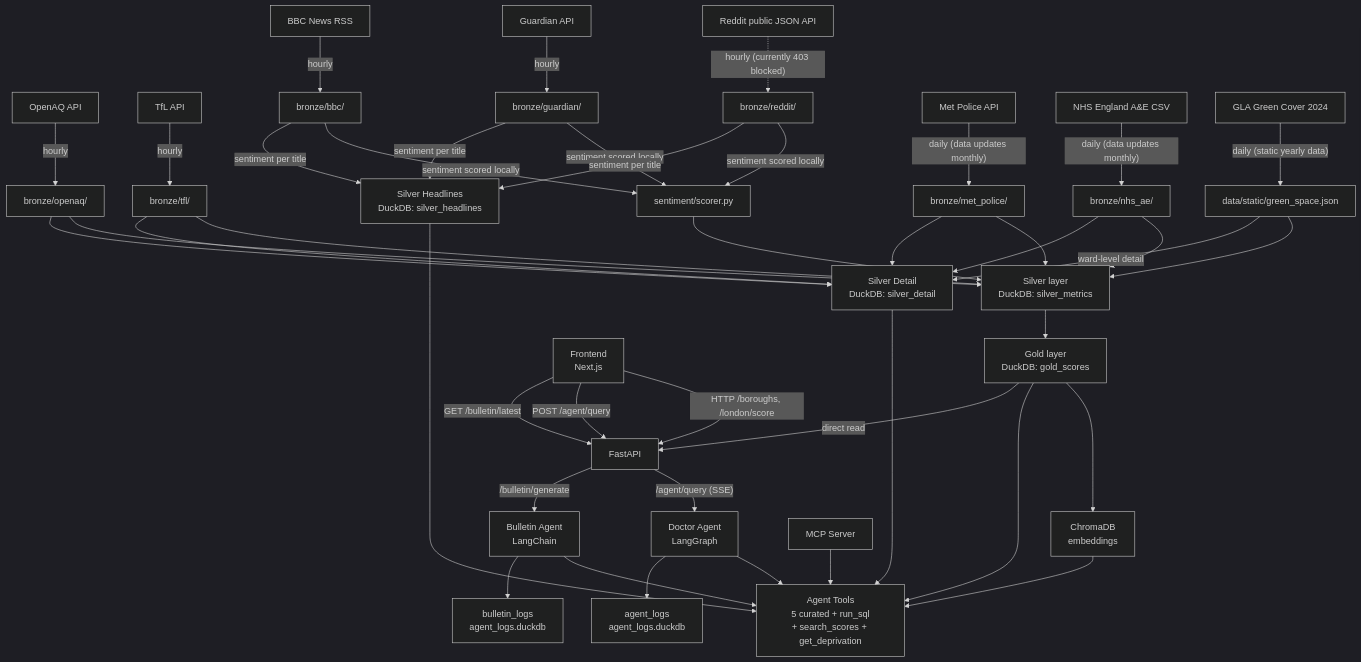
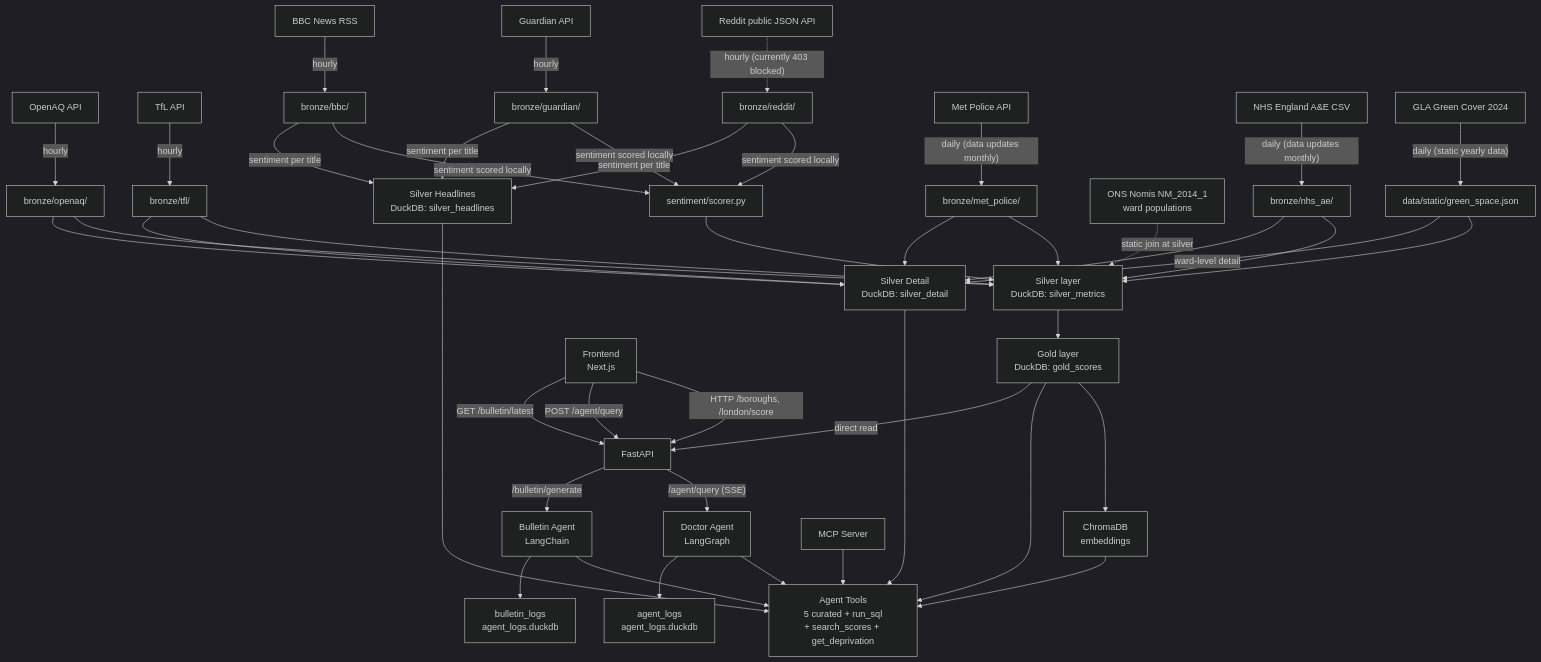
The diagram in docs/lineage.md (ryan-vanagt/city-scan-london), drawn with Mermaid (dark theme) before and after one commit. The commit also changed other lines of this file and 31 other files, not shown here.

````diff
--- a/docs/lineage.md
+++ b/docs/lineage.md
@@ -5,55 +5,56 @@
 ```mermaid
 flowchart TD
     OQ[OpenAQ API] -->|hourly| B_OQ[bronze/openaq/]
     TFL[TfL API] -->|hourly| B_TFL[bronze/tfl/]
     RD[Reddit public JSON API] -.->|"hourly (currently 403 blocked)"| B_RD[bronze/reddit/]
     GD[Guardian API] -->|hourly| B_GD[bronze/guardian/]
     BBC[BBC News RSS] -->|hourly| B_BBC[bronze/bbc/]
     MP[Met Police API] -->|"daily (data updates monthly)"| B_MP[bronze/met_police/]
     NHS[NHS England A&E CSV] -->|"daily (data updates monthly)"| B_NHS[bronze/nhs_ae/]
     GS[GLA Green Cover 2024] -->|"daily (static yearly data)"| B_GS[data/static/green_space.json]
+    WP[ONS Nomis NM_2014_1<br>ward populations] -.->|static join at silver| S
 
     B_OQ --> S[Silver layer\nDuckDB: silver_metrics]
     B_TFL --> S
     B_RD -->|sentiment scored locally| SENT[sentiment/scorer.py]
     SENT --> S
     B_GD -->|sentiment scored locally| SENT
     B_BBC -->|sentiment scored locally| SENT
     B_MP --> S
     B_NHS --> S
     B_GS --> S
 
     S --> G[Gold layer\nDuckDB: gold_scores]
     G --> CH[ChromaDB\nembeddings]
 
     B_OQ --> SD[Silver Detail\nDuckDB: silver_detail]
     B_TFL --> SD
     B_MP --> SD
     B_NHS --> SD
     B_GS -->|ward-level detail| SD
     B_RD -->|sentiment per title| SH[Silver Headlines\nDuckDB: silver_headlines]
     B_GD -->|sentiment per title| SH
     B_BBC -->|sentiment per title| SH
 
     G --> TOOLS[Agent Tools\n5 curated + run_sql\n+ search_scores + get_deprivation]
     SD --> TOOLS
     SH --> TOOLS
     CH --> TOOLS
 
     %% Access layers — FastAPI and MCP Server both use Agent Tools
     G -->|direct read| API[FastAPI]
     API -->|"/agent/query (SSE)"| DA[Doctor Agent\nLangGraph]
     API -->|"/bulletin/generate"| BA[Bulletin Agent\nLangChain]
     DA --> TOOLS
     BA --> TOOLS
     MCP[MCP Server] --> TOOLS
 
     %% Frontend communicates via FastAPI only
     FE[Frontend\nNext.js] -->|"HTTP /boroughs, /london/score"| API
     FE -->|"POST /agent/query"| API
     FE -->|"GET /bulletin/latest"| API
 
     %% Logging
     DA --> LOGS[agent_logs\nagent_logs.duckdb]
     BA --> BLOGS[bulletin_logs\nagent_logs.duckdb]
 ```
````
